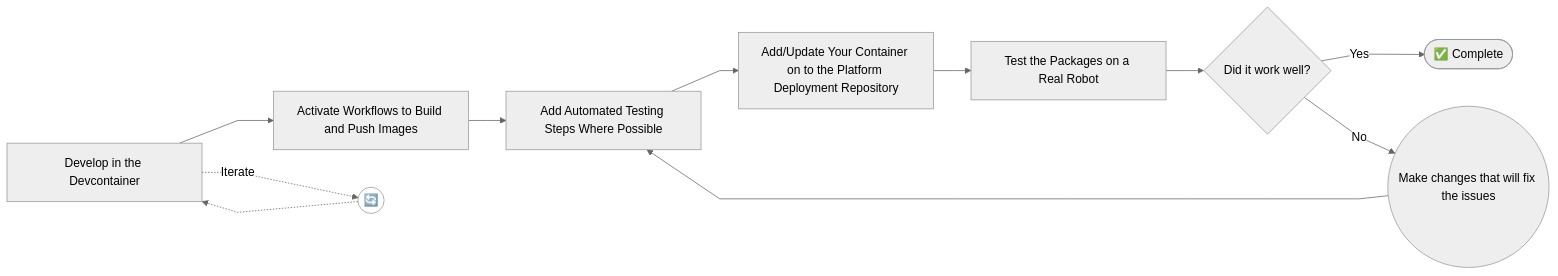
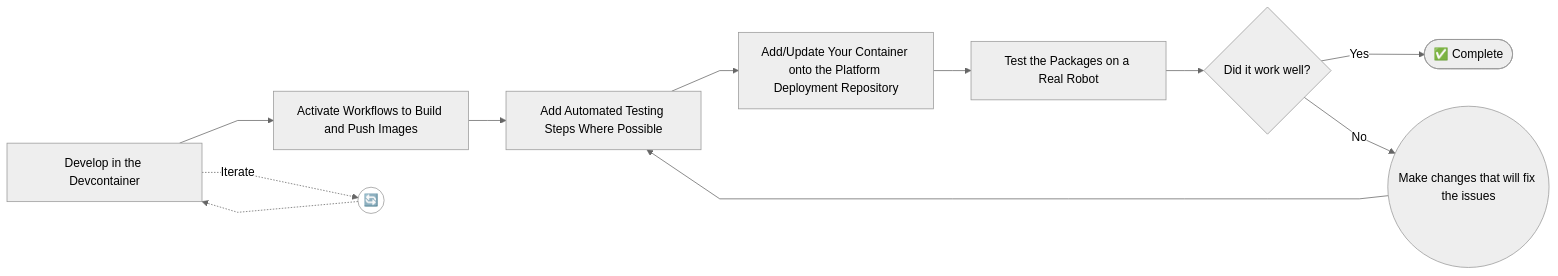
The second of 2 diagrams in README.md (LCAS/aoc_container_base), drawn with Mermaid before and after one commit. The commit also changed other lines of this file, not shown here.

````diff
--- a/README.md
+++ b/README.md
@@ -38,25 +44,25 @@
 ```mermaid
 %%{init: {"theme":"neutral","flowchart":{"curve":"linear"}}}%%
 flowchart LR
   Dev["Develop in the Devcontainer"]
   Workflows["Activate Workflows to Build and Push Images"]
   AutoTest["Add Automated Testing Steps Where Possible"]
-  Deploy["Add/Update Your Container on to the Platform Deployment Repository"]
+  Deploy["Add/Update Your Container onto the Platform Deployment Repository"]
   RealTest["Test the Packages on a Real Robot"]
   Outcome{"Did it work well?"}
   Fix(("Make changes that will fix the issues"))
   Complete(["✅  Complete"])
 
   %% main flow
   Dev --> Workflows --> AutoTest --> Deploy --> RealTest --> Outcome
   Outcome -- "Yes" --> Complete
   Outcome -- "No" --> Fix --> AutoTest
 
   %% iterative dev loop (renders as a real loop in GitHub)
   Dev -. "Iterate" .-> Iter(("🔄"))
   Iter -.-> Dev
 
   %% keep it subtle (GitHub-friendly)
   classDef loop fill:transparent,stroke:#999,stroke-width:1px;
   class Iter loop;
 ```
````
